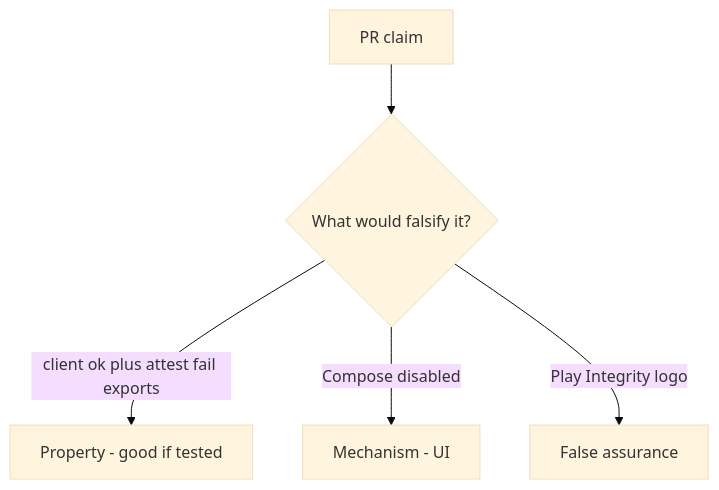
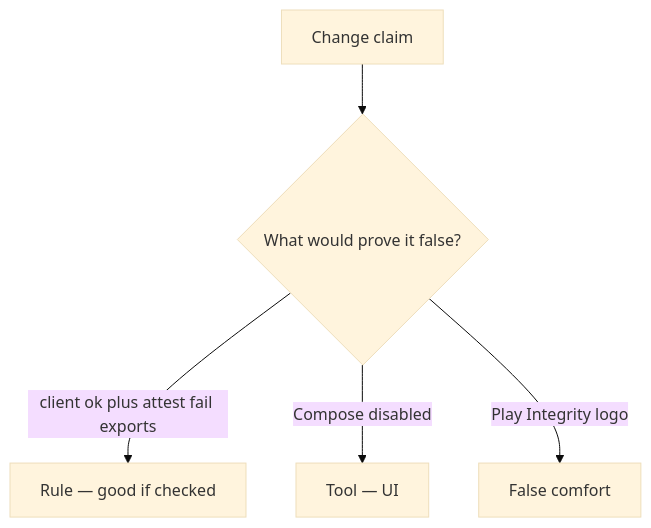
Before and after one commit to ishitvagoel/LearnSecurity: the diagram in content/modules/8/8.1/lessons/08-review.md, drawn with Mermaid (base theme). The commit also changed other lines of this file and 39 other files, not shown here.

````diff
--- a/content/modules/8/8.1/lessons/08-review.md
+++ b/content/modules/8/8.1/lessons/08-review.md
@@ -17,7 +18,7 @@
 ```mermaid
 flowchart TD
-  Claim[PR claim] --> Q{"What would falsify it?"}
-  Q -->|client ok plus attest fail exports| Property["Property - good if tested"]
-  Q -->|Compose disabled| Mechanism[Mechanism - UI]
-  Q -->|Play Integrity logo| False[False assurance]
+  Claim[Change claim] --> Q{"What would prove it false?"}
+  Q -->|client ok plus attest fail exports| Property["Rule — good if checked"]
+  Q -->|Compose disabled| Mechanism[Tool — UI]
+  Q -->|Play Integrity logo| False[False comfort]
 ```
````
